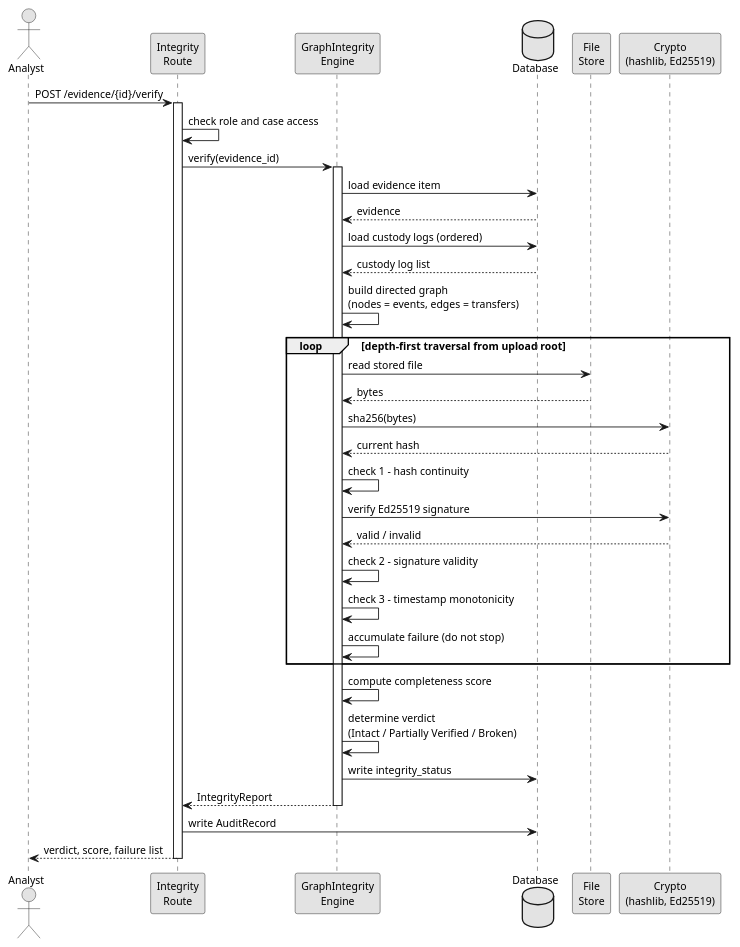
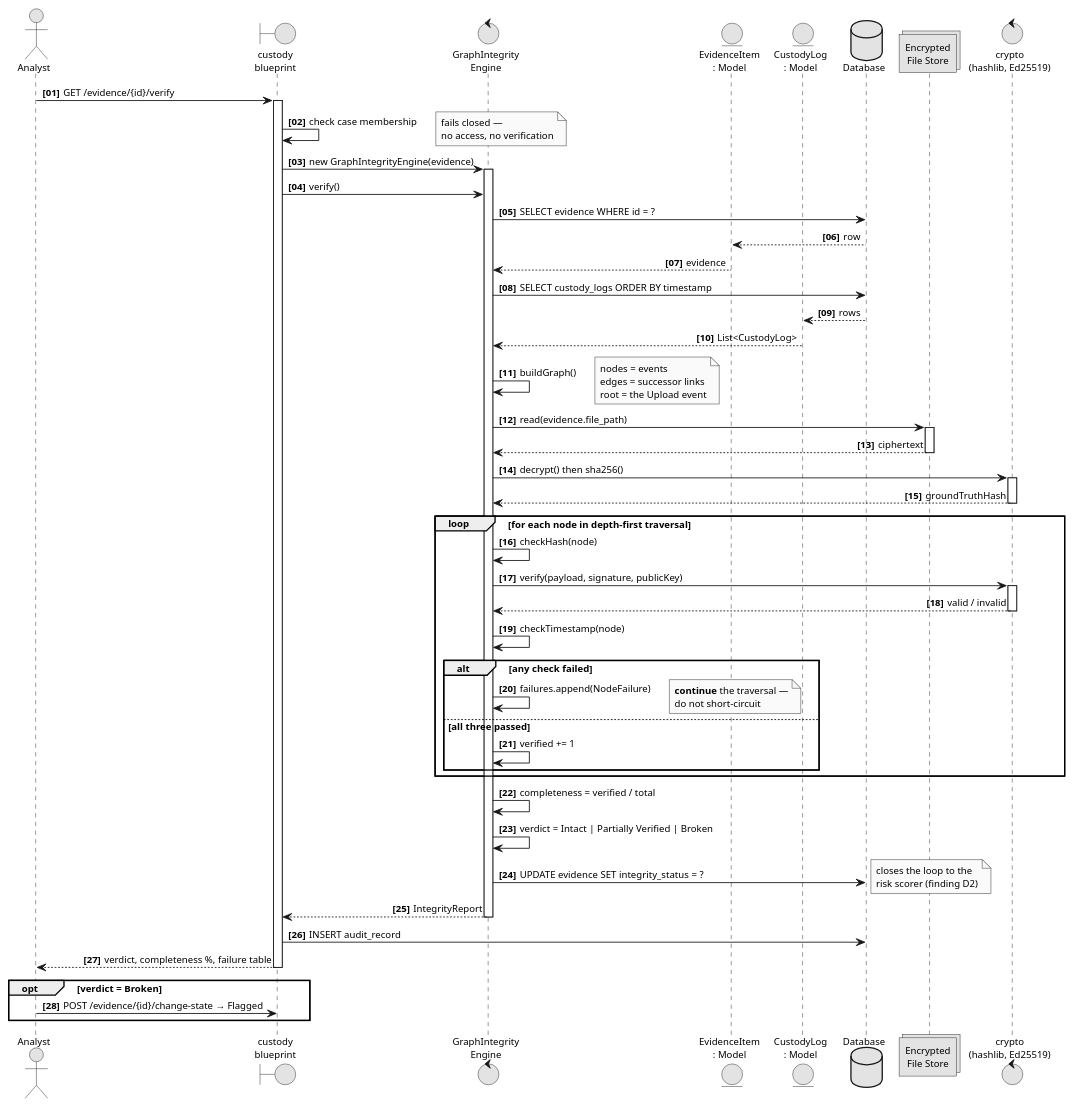
One commit to vidhyaharini0/DEICMS changed the diagram in diagrams_plantuml/05_sequence_integrity.puml. Above: the diagram before and after it, drawn with PlantUML. The commit also changed 22 other files, not shown here.

Commit message:
Rewrite all 11 UML diagrams with proper UML semantics; make class and ER diagrams genuinely distinct; add class-vs-ER comparison to Ch8

```diff
--- a/diagrams_plantuml/05_sequence_integrity.puml
+++ b/diagrams_plantuml/05_sequence_integrity.puml
@@ -1,51 +1,81 @@
 @startuml
 ' Figure 8.5 - Sequence Diagram: Chain-of-Custody Integrity Verification
 skinparam monochrome true
 skinparam shadowing false
 skinparam defaultFontName Arial
-skinparam defaultFontSize 12
+skinparam defaultFontSize 11
 skinparam backgroundColor white
+skinparam sequenceMessageAlign first
+autonumber "<b>[00]"
 
-actor Analyst
-participant "Integrity\nRoute" as R
-participant "GraphIntegrity\nEngine" as E
+actor Analyst as A
+boundary "custody\nblueprint" as R
+control "GraphIntegrity\nEngine" as E
+entity "EvidenceItem\n: Model" as EV
+entity "CustodyLog\n: Model" as CL
 database "Database" as DB
-participant "File\nStore" as FS
-participant "Crypto\n(hashlib, Ed25519)" as C
+collections "Encrypted\nFile Store" as FS
+control "crypto\n(hashlib, Ed25519)" as C
 
-Analyst -> R : POST /evidence/{id}/verify
+A -> R : GET /evidence/{id}/verify
 activate R
-R -> R : check role and case access
-R -> E : verify(evidence_id)
+
+R -> R : check case membership
+note right: fails closed —\nno access, no verification
+
+R -> E : new GraphIntegrityEngine(evidence)
 activate E
+R -> E : verify()
 
-E -> DB : load evidence item
-DB --> E : evidence
-E -> DB : load custody logs (ordered)
-DB --> E : custody log list
+E -> DB : SELECT evidence WHERE id = ?
+DB --> EV : row
+EV --> E : evidence
+E -> DB : SELECT custody_logs ORDER BY timestamp
+DB --> CL : rows
+CL --> E : List<CustodyLog>
 
-E -> E : build directed graph\n(nodes = events, edges = transfers)
+E -> E : buildGraph()
+note right: nodes = events\nedges = successor links\nroot = the Upload event
 
-loop depth-first traversal from upload root
-  E -> FS : read stored file
-  FS --> E : bytes
-  E -> C : sha256(bytes)
-  C --> E : current hash
-  E -> E : check 1 - hash continuity
-  E -> C : verify Ed25519 signature
-  C --> E : valid / invalid
-  E -> E : check 2 - signature validity
-  E -> E : check 3 - timestamp monotonicity
-  E -> E : accumulate failure (do not stop)
+E -> FS : read(evidence.file_path)
+activate FS
+FS --> E : ciphertext
+deactivate FS
+E -> C : decrypt() then sha256()
+activate C
+C --> E : groundTruthHash
+deactivate C
+
+loop for each node in depth-first traversal
+    E -> E : checkHash(node)
+    E -> C : verify(payload, signature, publicKey)
+    activate C
+    C --> E : valid / invalid
+    deactivate C
+    E -> E : checkTimestamp(node)
+
+    alt any check failed
+        E -> E : failures.append(NodeFailure)
+        note right: <b>continue</b> the traversal —\ndo not short-circuit
+    else all three passed
+        E -> E : verified += 1
+    end
 end
 
-E -> E : compute completeness score
-E -> E : determine verdict\n(Intact / Partially Verified / Broken)
-E -> DB : write integrity_status
+E -> E : completeness = verified / total
+E -> E : verdict = Intact | Partially Verified | Broken
+
+E -> DB : UPDATE evidence SET integrity_status = ?
+note right: closes the loop to the\nrisk scorer (finding D2)
+
 E --> R : IntegrityReport
 deactivate E
 
-R -> DB : write AuditRecord
-R --> Analyst : verdict, score, failure list
+R -> DB : INSERT audit_record
+R --> A : verdict, completeness %, failure table
 deactivate R
+
+opt verdict = Broken
+    A -> R : POST /evidence/{id}/change-state → Flagged
+end
 @enduml
```
